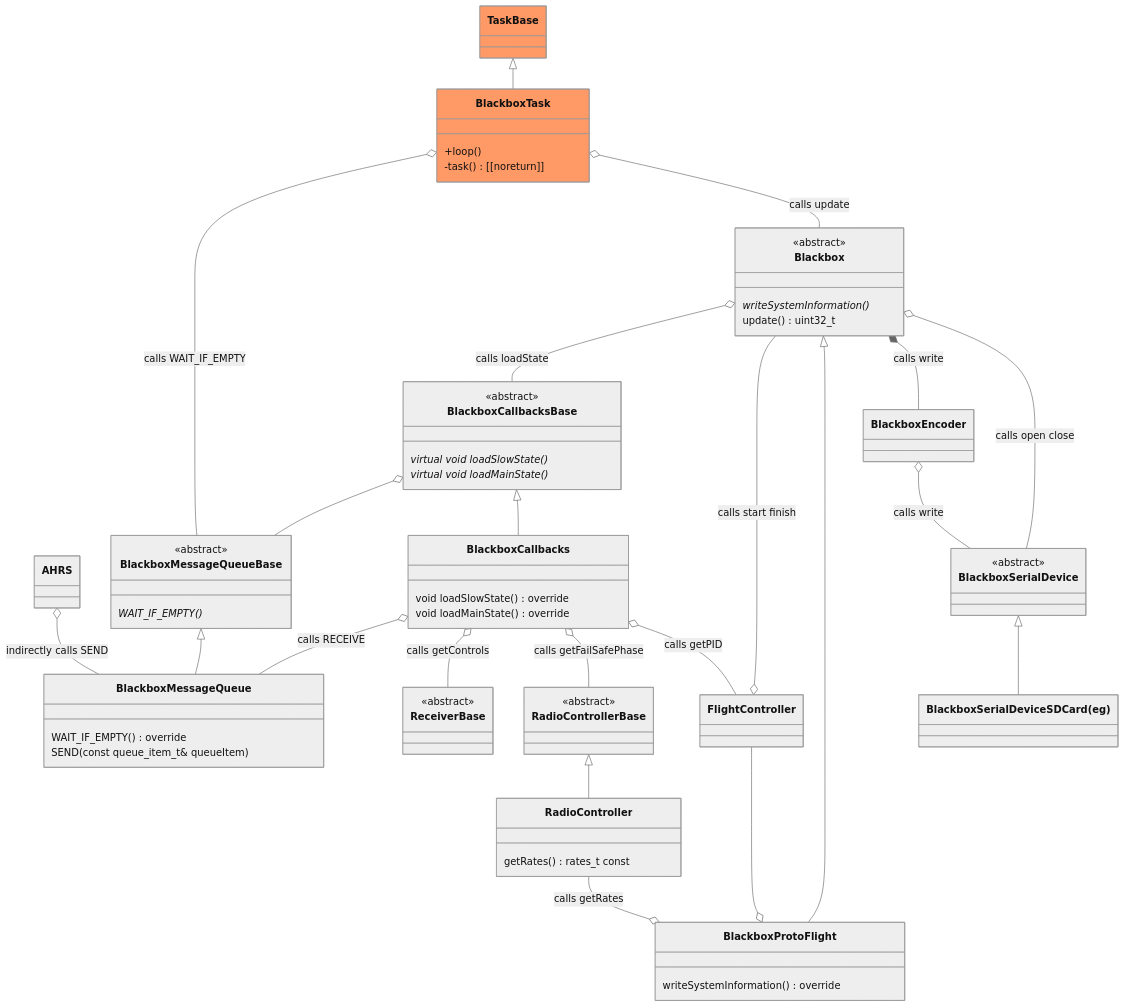
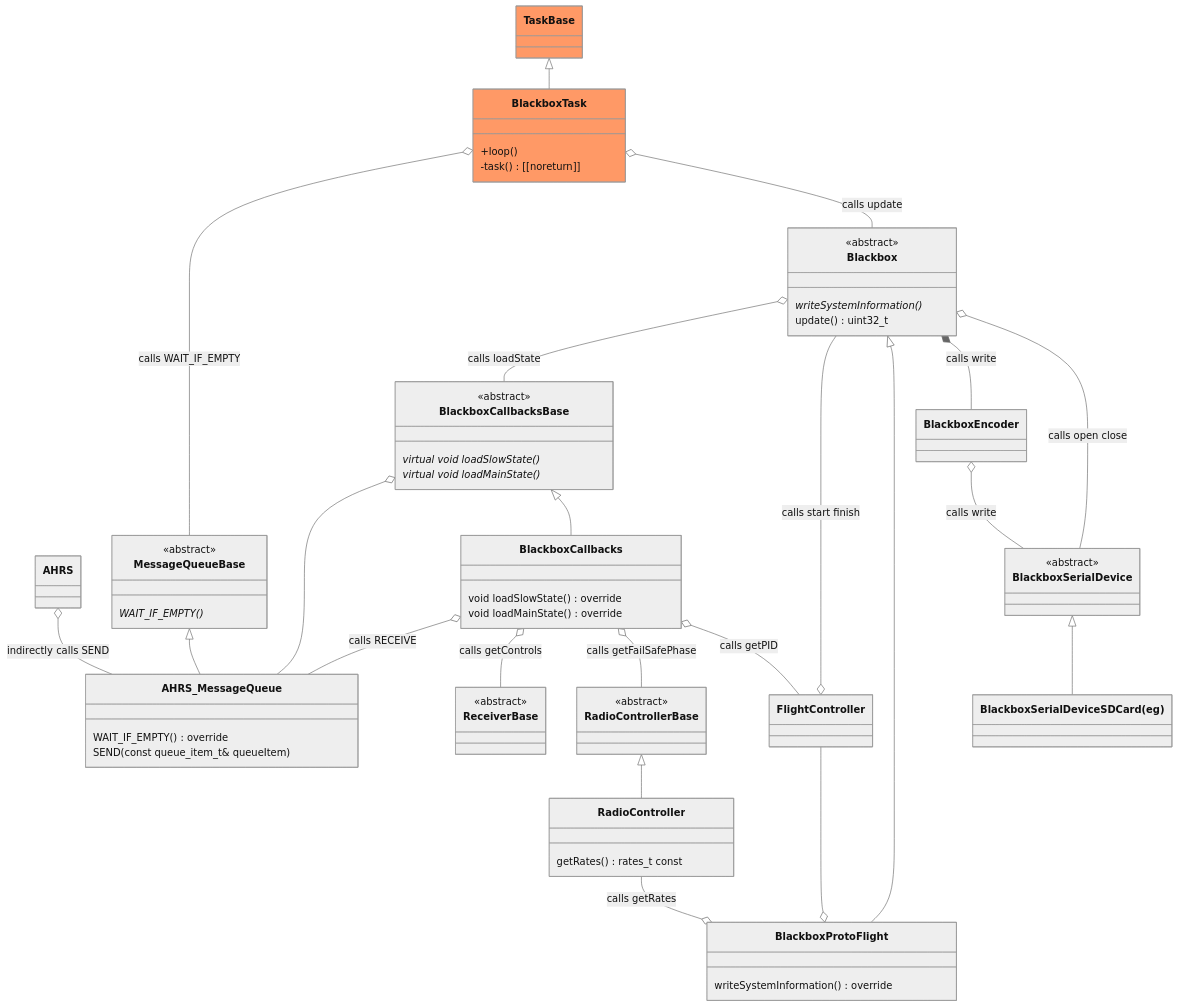
The third of 5 diagrams in README.md (martinbudden/Protoflight), drawn with Mermaid (neutral theme) before and after one commit. The commit also changed other lines of this file and 29 other files, not shown here.

Commit message:
Change to use AHRS_MessageQueue rather than BlackboxMessageQueue.

```diff
--- a/README.md
+++ b/README.md
@@ -634,17 +634,17 @@
         void loadMainState() override
     }
     link BlackboxCallbacks "https://github.com/martinbudden/protoflight/blob/main/lib/Blackbox/src/BlackboxCallbacks.h"
-    class BlackboxMessageQueueBase {
+    class MessageQueueBase {
         <<abstract>>
         WAIT_IF_EMPTY() *
     }
-    link BlackboxMessageQueueBase "https://github.com/martinbudden/Library-Blackbox/blob/main/src/BlackboxMessageQueueBase.h"
-    class BlackboxMessageQueue {
+    link MessageQueueBase "https://github.com/martinbudden/Library-TaskBase/blob/main/src/MessageQueueBase.h"
+    class AHRS_MessageQueue {
         WAIT_IF_EMPTY() override
         SEND(const queue_item_t& queueItem)
     }
-    link BlackboxMessageQueue "https://github.com/martinbudden/protoflight/blob/main/lib/Blackbox/src/BlackboxMessageQueue.h"
-    AHRS o-- BlackboxMessageQueue : indirectly calls SEND
+    link AHRS_MessageQueue "https://github.com/martinbudden/protoflight/blob/main/lib/Blackbox/src/AHRS_MessageQueue.h"
+    AHRS o-- AHRS_MessageQueue : indirectly calls SEND
     class RadioControllerBase {
         <<abstract>>
     }
@@ -694,12 +694,12 @@
     BlackboxSerialDevice <|-- BlackboxSerialDeviceSDCard
 
 
-    BlackboxCallbacksBase o-- BlackboxMessageQueueBase
-    BlackboxMessageQueueBase <|-- BlackboxMessageQueue
-    %%BlackboxMessageQueue --|> BlackboxMessageQueueBase
-    %%BlackboxMessageQueue --o BlackboxCallbacks : calls RECEIVE
+    BlackboxCallbacksBase o-- AHRS_MessageQueue
+    MessageQueueBase <|-- AHRS_MessageQueue
+    %%AHRS_MessageQueue --|> AHRS_MessageQueueBase
+    %%AHRS_MessageQueue --o BlackboxCallbacks : calls RECEIVE
     RadioControllerBase <|-- RadioController
-    BlackboxCallbacks o-- BlackboxMessageQueue : calls RECEIVE
+    BlackboxCallbacks o-- AHRS_MessageQueue : calls RECEIVE
     BlackboxCallbacks o-- ReceiverBase : calls getControls
     BlackboxCallbacks o-- RadioControllerBase : calls getFailSafePhase
     BlackboxCallbacks o-- FlightController : calls getPID
@@ -723,7 +723,7 @@
         -task() [[noreturn]]
     }
     link BlackboxTask "https://github.com/martinbudden/Library-Blackbox/blob/main/src/BlackboxTask.h"
-    BlackboxTask o-- BlackboxMessageQueueBase : calls WAIT_IF_EMPTY
+    BlackboxTask o-- MessageQueueBase : calls WAIT_IF_EMPTY
     BlackboxTask o-- Blackbox : calls update
 
     classDef taskClass fill:#f96
```
